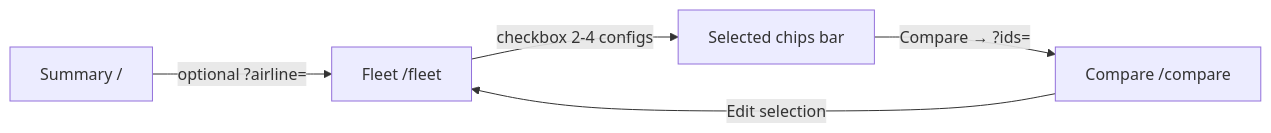
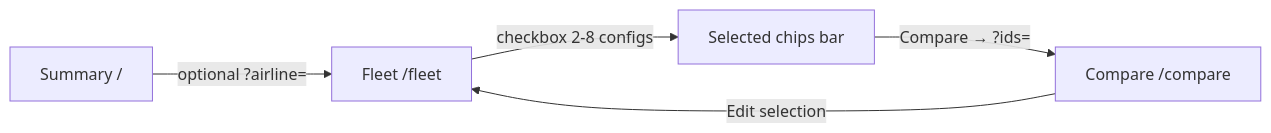
Before and after one commit to ongsterr/airline-benchmarking: the second of 2 diagrams in docs/architecture.md, drawn with Mermaid. The commit also changed other lines of this file and 6 other files, not shown here.

````diff
--- a/docs/architecture.md
+++ b/docs/architecture.md
@@ -246,7 +246,7 @@
 ```mermaid
 flowchart LR
     Summary["Summary /"] -->|"optional ?airline="| Fleet["Fleet /fleet"]
-    Fleet -->|"checkbox 2-4 configs"| ChipsBar["Selected chips bar"]
+    Fleet -->|"checkbox 2-8 configs"| ChipsBar["Selected chips bar"]
     ChipsBar -->|"Compare → ?ids="| Compare["Compare /compare"]
     Compare -->|"Edit selection"| Fleet
 ```
````
